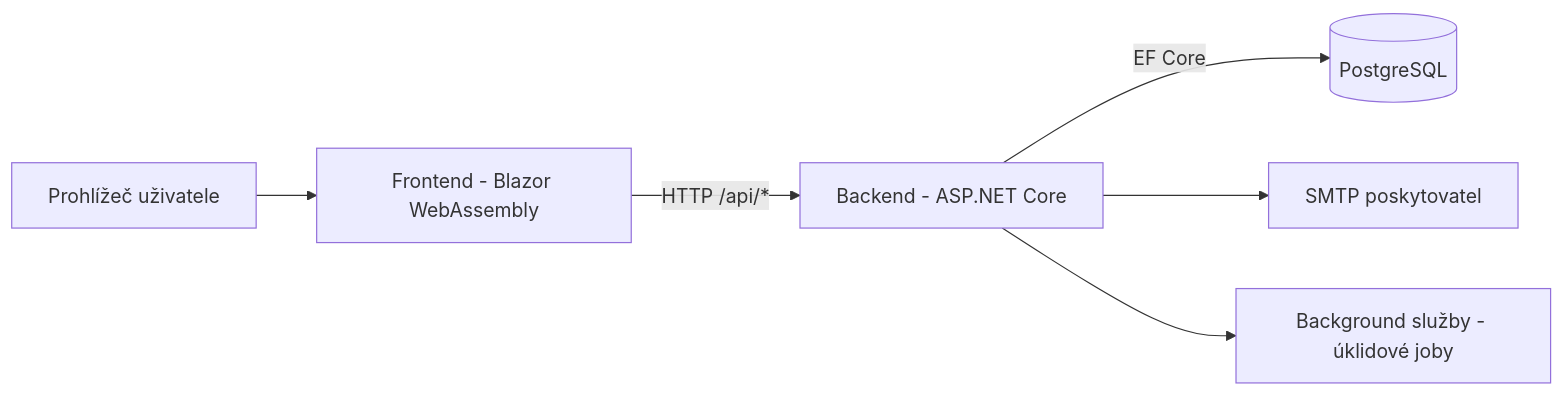
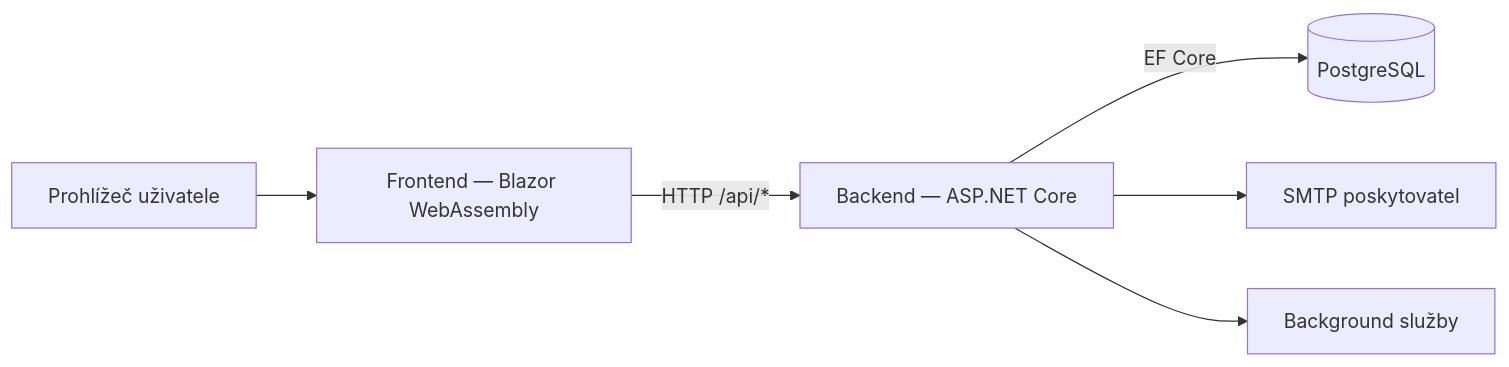
Before and after one commit to realtobi999/Invenire: the diagram in readme.md, drawn with Mermaid. The commit also changed other lines of this file and 1 other file, not shown here.

````diff
--- a/readme.md
+++ b/readme.md
@@ -57,9 +44,8 @@
 ```mermaid
 flowchart LR
-    U[Prohlížeč uživatele] --> F[Frontend - Blazor WebAssembly]
-    F -->|HTTP /api/*| B[Backend - ASP.NET Core]
+    U[Prohlížeč uživatele] --> F[Frontend — Blazor WebAssembly]
+    F -->|HTTP /api/*| B[Backend — ASP.NET Core]
     B -->|EF Core| DB[(PostgreSQL)]
     B --> SMTP[SMTP poskytovatel]
-
-    B --> BG[Background služby - úklidové joby]
+    B --> BG[Background služby]
 ```
````
